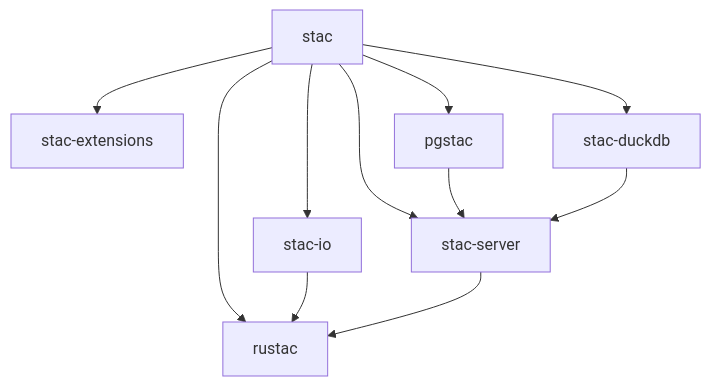
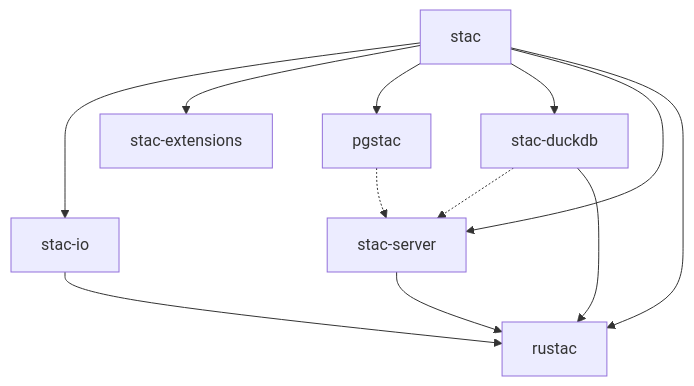
Before and after one commit to stac-utils/rustac: the diagram in README.md, drawn with Mermaid.

Commit message:
docs: update mermaid diagram

````diff
--- a/README.md
+++ b/README.md
@@ -91,13 +91,14 @@
 ```mermaid
 graph TD
     stac --> stac-io
     stac --> stac-extensions
-    stac --> rustac
     stac --> pgstac
     stac --> stac-duckdb
     stac --> stac-server
+    pgstac -.-> stac-server
+    stac-duckdb -.-> stac-server
+    stac --> rustac
     stac-io --> rustac
-    pgstac --> stac-server
-    stac-duckdb --> stac-server
+    stac-duckdb --> rustac
     stac-server --> rustac
 ```
````
